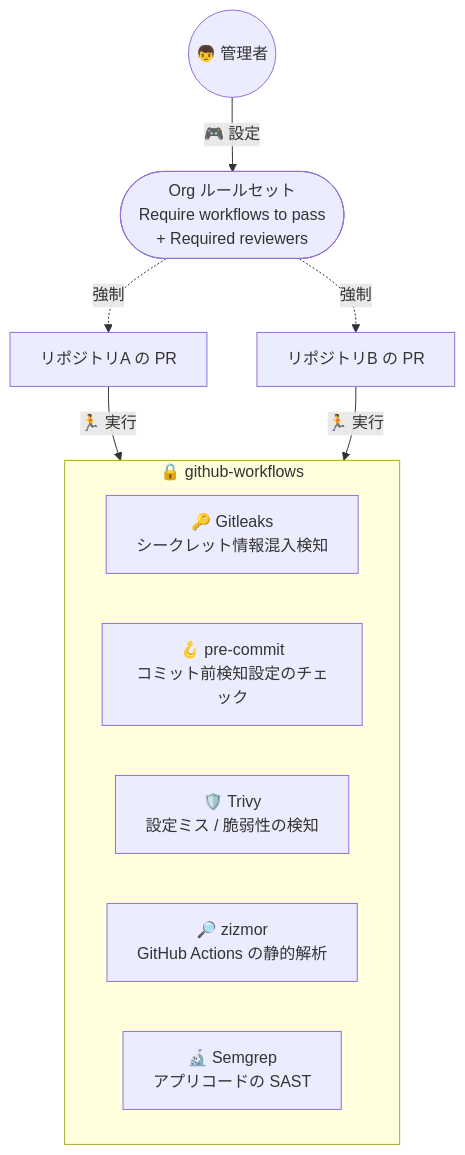
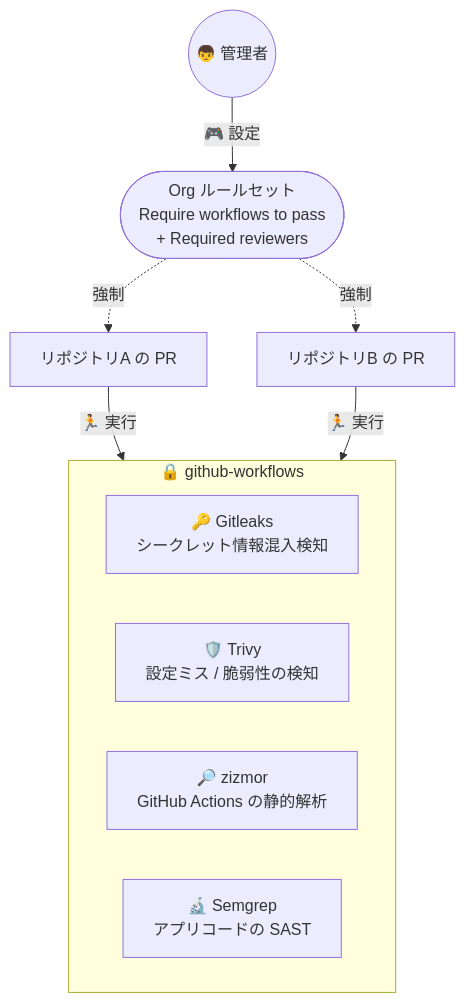
The first of 2 diagrams in README.md (theindiehacker/github-workflows), drawn with Mermaid before and after one commit. The commit also changed other lines of this file and 3 other files, not shown here.

First line of the commit message:
pre-commit 設定の存在チェックワークフローを削除する (#3)

````diff
--- a/README.md
+++ b/README.md
@@ -5,20 +5,19 @@
 ```mermaid
 graph TD;
     subgraph gw ["🔒 github-workflows"]
         Gitleaks["🔑 Gitleaks<br/>シークレット情報混入検知"]
-        PreCommit["🪝 pre-commit<br/>コミット前検知設定のチェック"]
         Trivy["🛡️ Trivy<br/>設定ミス / 脆弱性の検知"]
         Zizmor["🔎 zizmor<br/>GitHub Actions の静的解析"]
         Semgrep["🔬 Semgrep<br/>アプリコードの SAST"]
     end
     ruleset(["Org ルールセット<br/>Require workflows to pass<br/>+ Required reviewers"])
     RepoA["リポジトリA の PR"]
     RepoB["リポジトリB の PR"]
     
     engineer(("👦 管理者")) -->|🎮 設定| ruleset
 
     ruleset -.->|強制| RepoA
     ruleset -.->|強制| RepoB
     RepoA -->|🏃 実行| gw
     RepoB -->|🏃 実行| gw
 ```
````
